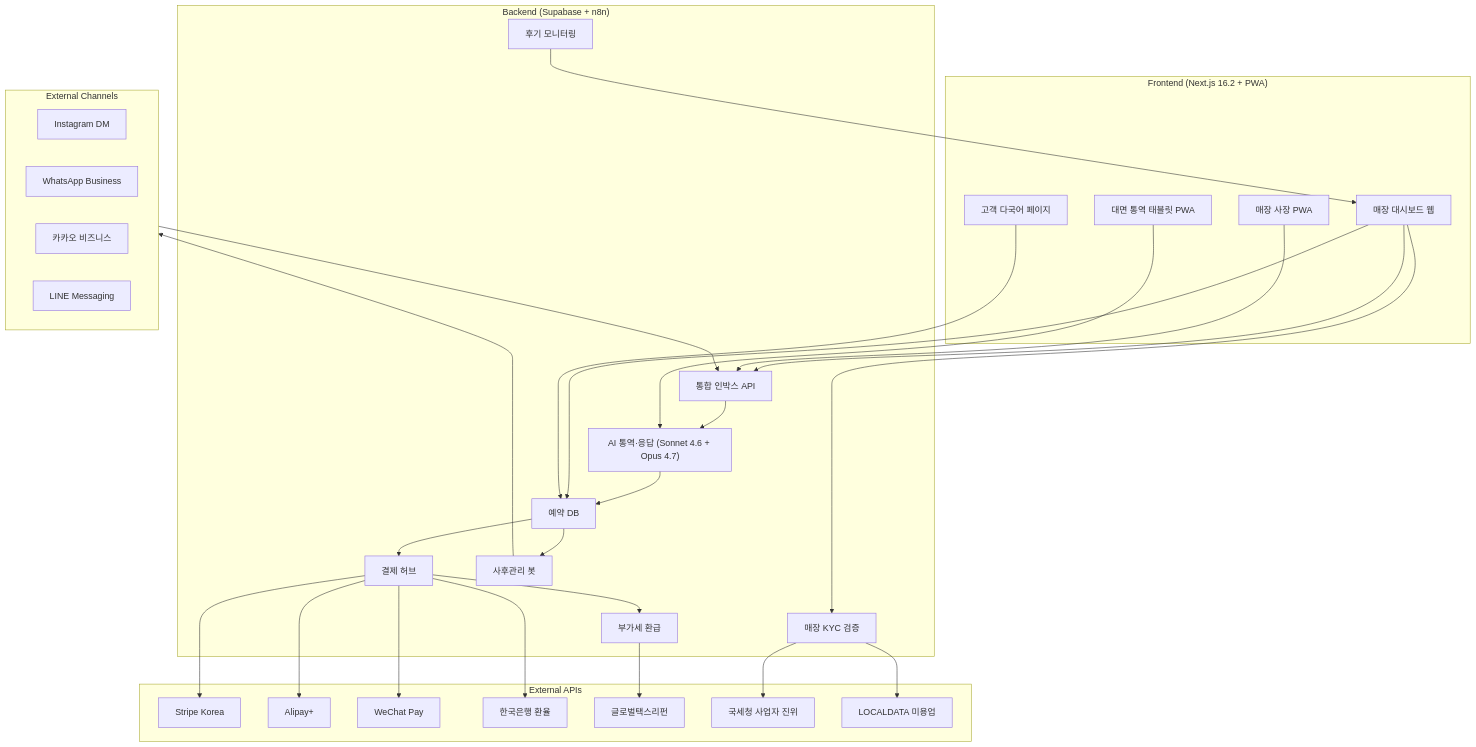
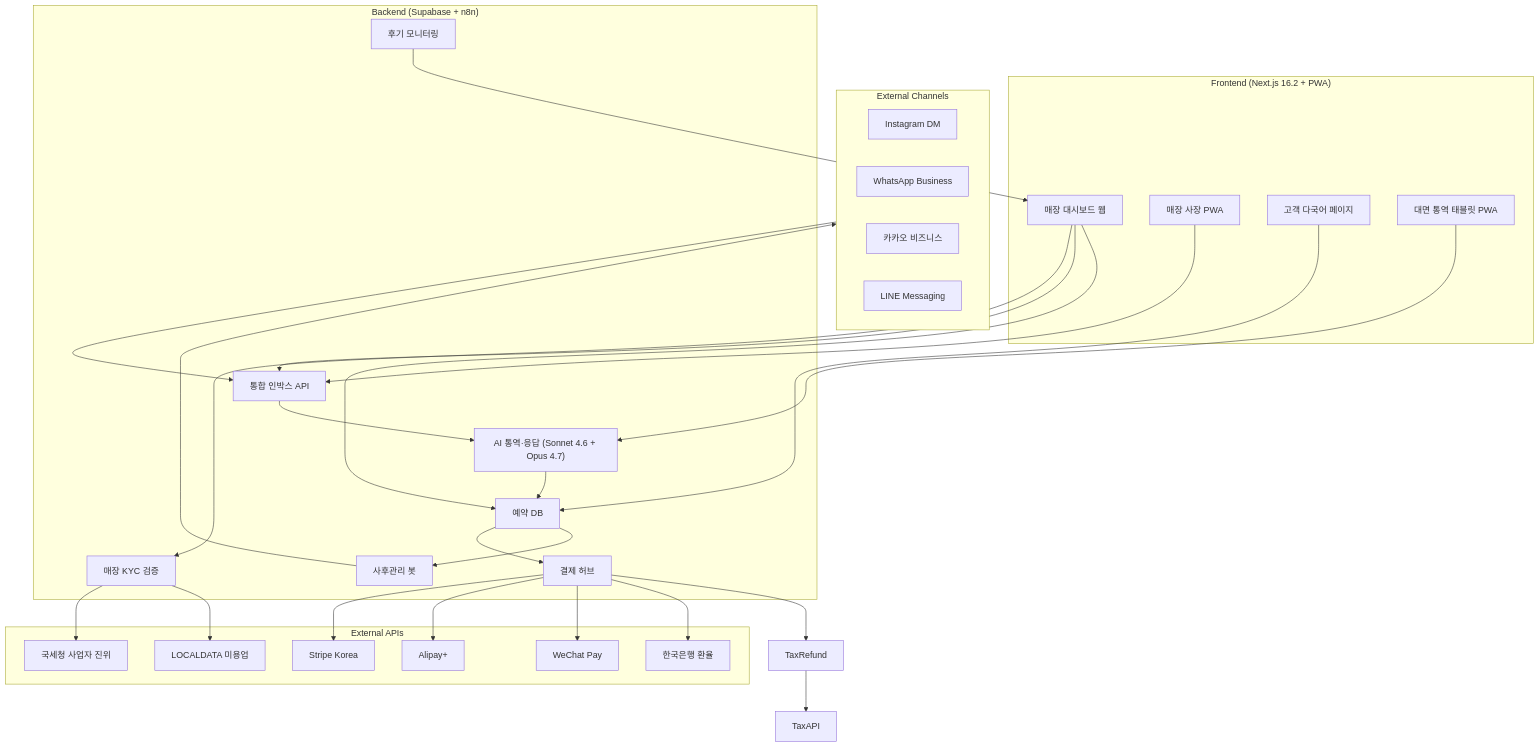
Before and after one commit to jaydenjoo/hesya: the first of 5 diagrams in docs/PRD.md, drawn with Mermaid. The commit also changed other lines of this file and 1 other file, not shown here.

First line of the commit message:
docs(prd): Plan v4 Epic A - 부가세 환급 모듈 5 완전 삭제 (#168)

````diff
--- a/docs/PRD.md
+++ b/docs/PRD.md
@@ -324,61 +328,59 @@
 ```mermaid
 flowchart TB
     subgraph Frontend["Frontend (Next.js 16.2 + PWA)"]
         StoreApp["매장 대시보드 웹"]
         StorePWA["매장 사장 PWA"]
         CustomerWeb["고객 다국어 페이지"]
         TabletPWA["대면 통역 태블릿 PWA"]
     end
 
     subgraph Channels["External Channels"]
         Insta["Instagram DM"]
         WA["WhatsApp Business"]
         Kakao["카카오 비즈니스"]
         Line["LINE Messaging"]
     end
 
     subgraph Backend["Backend (Supabase + n8n)"]
         InboxAPI["통합 인박스 API"]
         AIService["AI 통역·응답 (Sonnet 4.6 + Opus 4.7)"]
         BookingDB["예약 DB"]
         PaymentHub["결제 허브"]
         KYCSystem["매장 KYC 검증"]
         ReviewMonitor["후기 모니터링"]
-        TaxRefund["부가세 환급"]
         AfterCare["사후관리 봇"]
     end
 
     subgraph External["External APIs"]
         Stripe["Stripe Korea"]
         Alipay["Alipay+"]
         WeChat["WeChat Pay"]
         BOK["한국은행 환율"]
-        TaxAPI["글로벌택스리펀"]
         NTSAPI["국세청 사업자 진위"]
         LOCALDATA["LOCALDATA 미용업"]
     end
 
     Channels --> InboxAPI
     InboxAPI --> AIService
     AIService --> BookingDB
     BookingDB --> PaymentHub
     PaymentHub --> Stripe
     PaymentHub --> Alipay
     PaymentHub --> WeChat
     PaymentHub --> BOK
     BookingDB --> AfterCare
     AfterCare --> Channels
     PaymentHub --> TaxRefund
     TaxRefund --> TaxAPI
 
     StoreApp --> KYCSystem
     KYCSystem --> NTSAPI
     KYCSystem --> LOCALDATA
 
     StoreApp --> InboxAPI
     StorePWA --> InboxAPI
     StoreApp --> BookingDB
     CustomerWeb --> BookingDB
     TabletPWA --> AIService
     ReviewMonitor --> StoreApp
 ```
````
